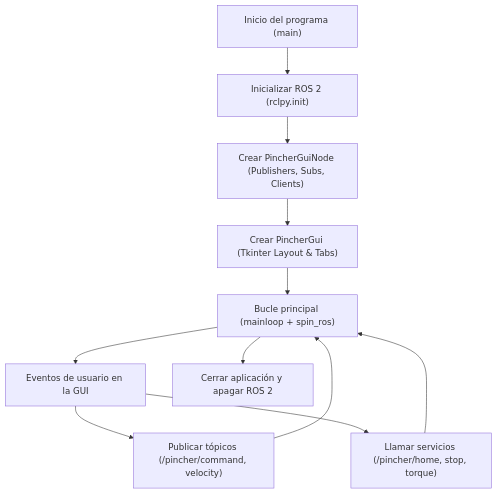
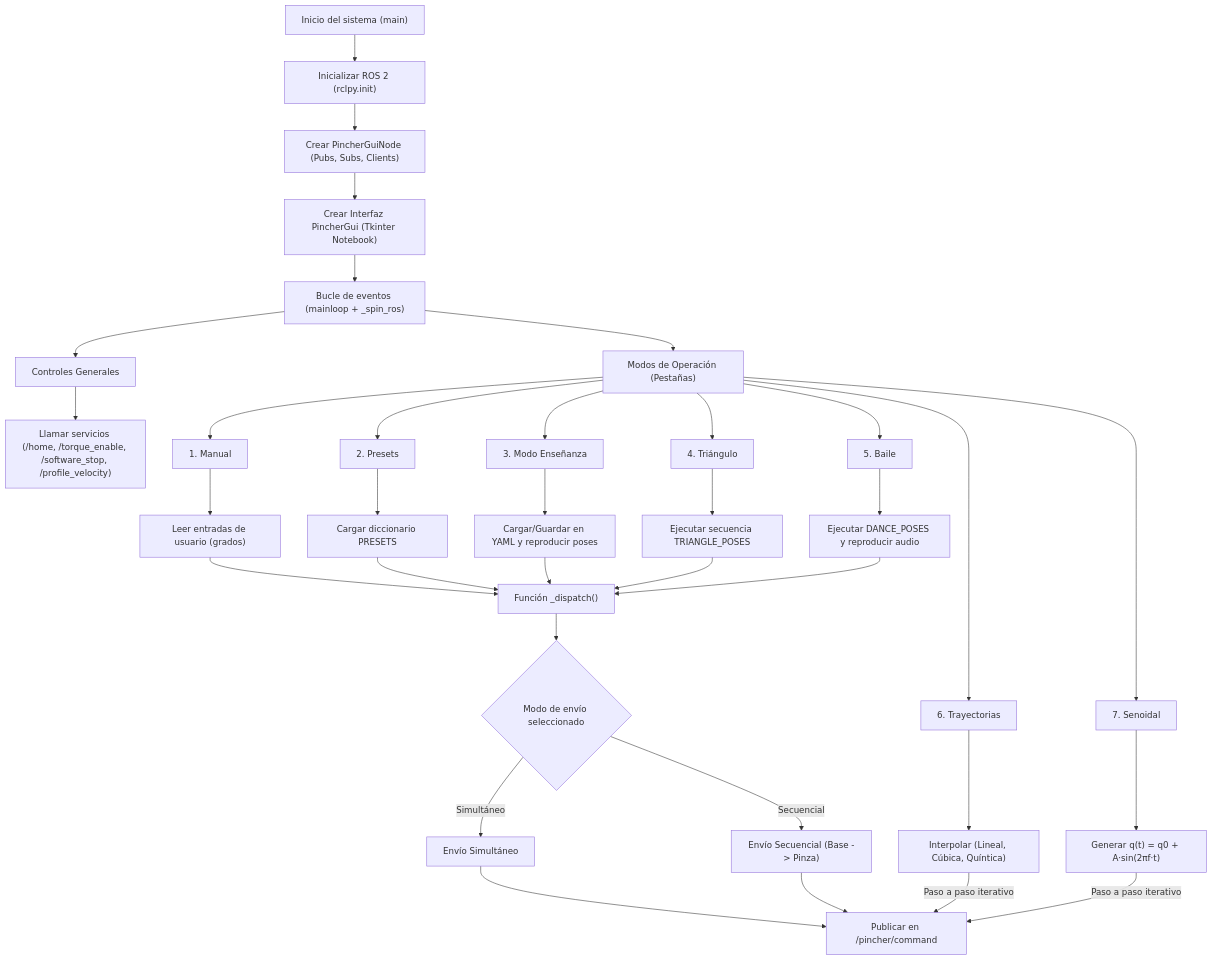
The diagram in Laboratorio No. 05 - Robótica de Desarrollo ROS Jazzy y Phantom Pincher X100/README.MD (labsir-un/Robotica-2026-I-Equipo-3C-Moreno-Ramos), drawn with Mermaid before and after one commit. The commit also changed other lines of this file, not shown here.

````diff
--- a/Laboratorio No. 05 - Robótica de Desarrollo ROS Jazzy y Phantom Pincher X100/README.MD
+++ b/Laboratorio No. 05 - Robótica de Desarrollo ROS Jazzy y Phantom Pincher X100/README.MD
@@ -237,23 +302,88 @@
 ```mermaid
 flowchart TD
-    Inicio["Inicio del programa (main)"]
+    Inicio["Inicio del sistema (main)"]
     Inicializar_ROS["Inicializar ROS 2 (rclpy.init)"]
-    Crear_Nodo["Crear PincherGuiNode (Publishers, Subs, Clients)"]
-    Crear_GUI["Crear PincherGui (Tkinter Layout & Tabs)"]
-    Bucle_Principal["Bucle principal (mainloop + spin_ros)"]
-    Interaccion_Usuario["Eventos de usuario en la GUI"]
-    Accion_Topicos["Publicar tópicos (/pincher/command, velocity)"]
-    Accion_Servicios["Llamar servicios (/pincher/home, stop, torque)"]
-    Cerrar_App["Cerrar aplicación y apagar ROS 2"]
+    Crear_Nodo["Crear PincherGuiNode (Pubs, Subs, Clients)"]
+    Crear_GUI["Crear Interfaz PincherGui (Tkinter Notebook)"]
+    Bucle_Eventos["Bucle de eventos (mainloop + _spin_ros)"]
 
+    %% Categorías Principales
+    Controles_Generales["Controles Generales"]
+    Modos_Operacion["Modos de Operación (Pestañas)"]
+
+    %% Modos de la GUI (Notebook Tabs)
+    Modo_Manual["1. Manual"]
+    Modo_Presets["2. Presets"]
+    Modo_Ensenanza["3. Modo Enseñanza"]
+    Modo_Triangulo["4. Triángulo"]
+    Modo_Baile["5. Baile"]
+    Modo_Trayectorias["6. Trayectorias"]
+    Modo_Senoidal["7. Senoidal"]
+
+    %% Acciones específicas de cada modo
+    Accion_Manual["Leer entradas de usuario (grados)"]
+    Accion_Presets["Cargar diccionario PRESETS"]
+    Accion_Ensenanza["Cargar/Guardar en YAML y reproducir poses"]
+    Accion_Triangulo["Ejecutar secuencia TRIANGLE_POSES"]
+    Accion_Baile["Ejecutar DANCE_POSES y reproducir audio"]
+    Accion_Trayectorias["Interpolar (Lineal, Cúbica, Quíntica)"]
+    Accion_Senoidal["Generar q(t) = q0 + A·sin(2πf·t)"]
+
+    %% Despacho de comandos
+    Dispatch["Función _dispatch()"]
+    Selector_Modo{"Modo de envío seleccionado"}
+    Envio_Simultaneo["Envío Simultáneo"]
+    Envio_Secuencial["Envío Secuencial (Base -> Pinza)"]
+    Publicar_Comando["Publicar en /pincher/command"]
+
+    %% Servicios
+    Llamar_Servicios["Llamar servicios (/home, /torque_enable, /software_stop, /profile_velocity)"]
+
+    %% Conexiones iniciales
     Inicio --> Inicializar_ROS
     Inicializar_ROS --> Crear_Nodo
     Crear_Nodo --> Crear_GUI
-    Crear_GUI --> Bucle_Principal
-    Bucle_Principal --> Interaccion_Usuario
-    Interaccion_Usuario --> Accion_Topicos
-    Interaccion_Usuario --> Accion_Servicios
-    Accion_Topicos --> Bucle_Principal
-    Accion_Servicios --> Bucle_Principal
-    Bucle_Principal --> Cerrar_App
+    Crear_GUI --> Bucle_Eventos
+
+    %% Bifurcación de la interfaz
+    Bucle_Eventos --> Controles_Generales
+    Bucle_Eventos --> Modos_Operacion
+
+    %% Controles Generales
+    Controles_Generales --> Llamar_Servicios
+
+    %% Pestañas
+    Modos_Operacion --> Modo_Manual
+    Modos_Operacion --> Modo_Presets
+    Modos_Operacion --> Modo_Ensenanza
+    Modos_Operacion --> Modo_Triangulo
+    Modos_Operacion --> Modo_Baile
+    Modos_Operacion --> Modo_Trayectorias
+    Modos_Operacion --> Modo_Senoidal
+
+    %% Flujo de las pestañas hacia sus acciones
+    Modo_Manual --> Accion_Manual
+    Modo_Presets --> Accion_Presets
+    Modo_Ensenanza --> Accion_Ensenanza
+    Modo_Triangulo --> Accion_Triangulo
+    Modo_Baile --> Accion_Baile
+    Modo_Trayectorias --> Accion_Trayectorias
+    Modo_Senoidal --> Accion_Senoidal
+
+    %% Los modos discretos usan la función _dispatch
+    Accion_Manual --> Dispatch
+    Accion_Presets --> Dispatch
+    Accion_Ensenanza --> Dispatch
+    Accion_Triangulo --> Dispatch
+    Accion_Baile --> Dispatch
+
+    Dispatch --> Selector_Modo
+    Selector_Modo -->|Simultáneo| Envio_Simultaneo
+    Selector_Modo -->|Secuencial| Envio_Secuencial
+    Envio_Simultaneo --> Publicar_Comando
+    Envio_Secuencial --> Publicar_Comando
+
+    %% Los modos continuos/calculados publican directamente saltándose el _dispatch
+    Accion_Trayectorias -->|Paso a paso iterativo| Publicar_Comando
+    Accion_Senoidal -->|Paso a paso iterativo| Publicar_Comando
 ```
````
